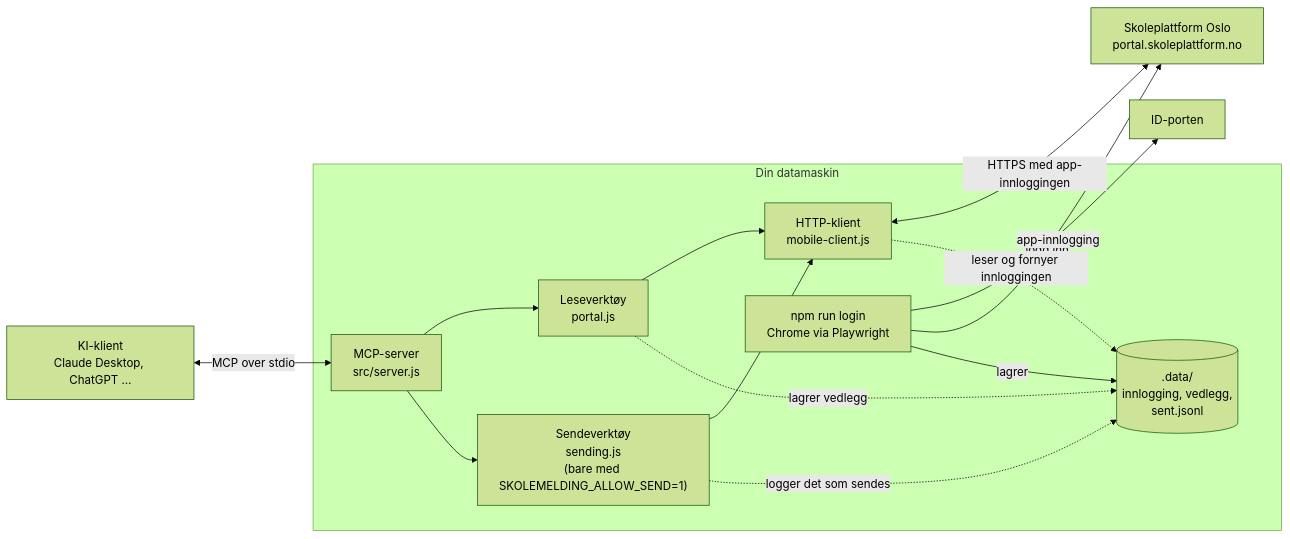
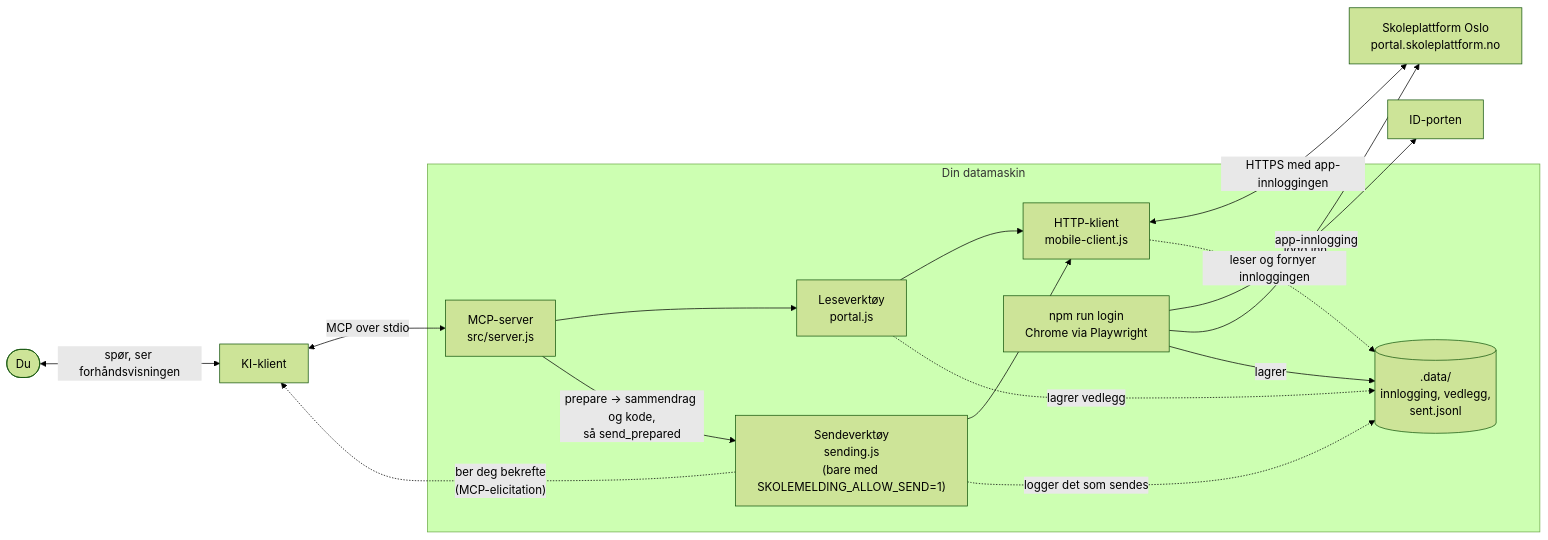
Before and after one commit to kristoffervp/skolemelding-mcp: the diagram in README.no.md, drawn with Mermaid (forest theme). The commit also changed other lines of this file and 11 other files, not shown here.

````diff
--- a/README.no.md
+++ b/README.no.md
@@ -81,26 +87,29 @@
 ```mermaid
 flowchart LR
-  client["KI-klient<br/>Claude Desktop, ChatGPT …"]
+  you(["Du"])
+  client["KI-klient"]
   subgraph computer["Din datamaskin"]
     server["MCP-server<br/>src/server.js"]
     read["Leseverktøy<br/>portal.js"]
     send["Sendeverktøy<br/>sending.js<br/>(bare med SKOLEMELDING_ALLOW_SEND=1)"]
     http["HTTP-klient<br/>mobile-client.js"]
     login["npm run login<br/>Chrome via Playwright"]
     data[(".data/<br/>innlogging, vedlegg,<br/>sent.jsonl")]
   end
   idporten["ID-porten"]
   portal["Skoleplattform Oslo<br/>portal.skoleplattform.no"]
+  you <-->|"spør, ser forhåndsvisningen"| client
   client <-->|"MCP over stdio"| server
   server --> read
-  server --> send
+  server -->|"prepare → sammendrag og kode,<br/>så send_prepared"| send
+  send -.->|"ber deg bekrefte<br/>(MCP-elicitation)"| client
   read --> http
   send --> http
   http <-->|"HTTPS med app-innloggingen"| portal
   login -->|"logg inn"| idporten
   login -->|"app-innlogging"| portal
   login -->|"lagrer"| data
   http -.->|"leser og fornyer innloggingen"| data
   read -.->|"lagrer vedlegg"| data
   send -.->|"logger det som sendes"| data
 ```
````
